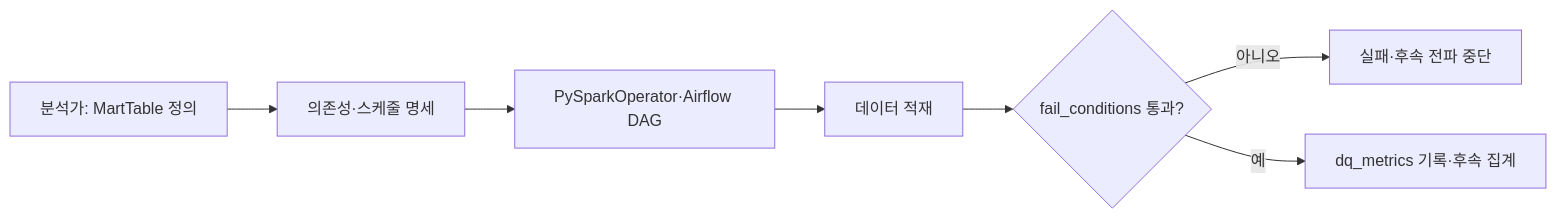
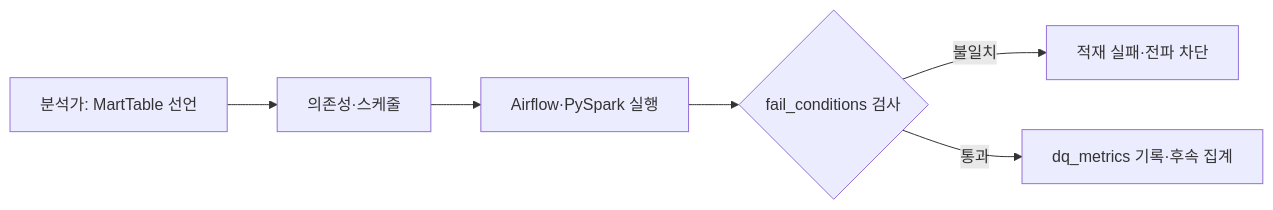
One commit to guseoh/cs changed the diagram in References/Tech Articles/Articles/2026/2026-11-01-데이터-분석가가-직접-정의-배포-관리하는-뱅크샐러드-데이터-파이프라인-2cc9f8d1.md. Above: the diagram before and after it, drawn with Mermaid. The commit also changed other lines of this file and 29 other files, not shown here.

````diff
--- a/References/Tech Articles/Articles/2026/2026-11-01-데이터-분석가가-직접-정의-배포-관리하는-뱅크샐러드-데이터-파이프라인-2cc9f8d1.md
+++ b/References/Tech Articles/Articles/2026/2026-11-01-데이터-분석가가-직접-정의-배포-관리하는-뱅크샐러드-데이터-파이프라인-2cc9f8d1.md
@@ -35,9 +35,8 @@
 ```mermaid
 flowchart LR
-  A[분석가: MartTable 정의] --> B[의존성·스케줄 명세]
-  B --> C[PySparkOperator·Airflow DAG]
-  C --> D[데이터 적재]
-  D --> E{fail_conditions 통과?}
-  E -- 아니오 --> F[실패·후속 전파 중단]
-  E -- 예 --> G[dq_metrics 기록·후속 집계]
+ A[분석가: MartTable 선언] --> B[의존성·스케줄]
+ B --> C[Airflow·PySpark 실행]
+ C --> D{fail_conditions 검사}
+ D -- 불일치 --> E[적재 실패·전파 차단]
+ D -- 통과 --> F[dq_metrics 기록·후속 집계]
 ```
````
